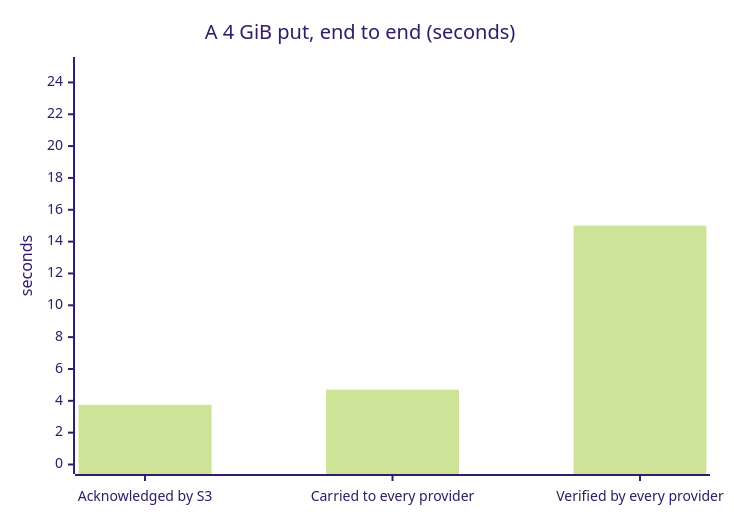
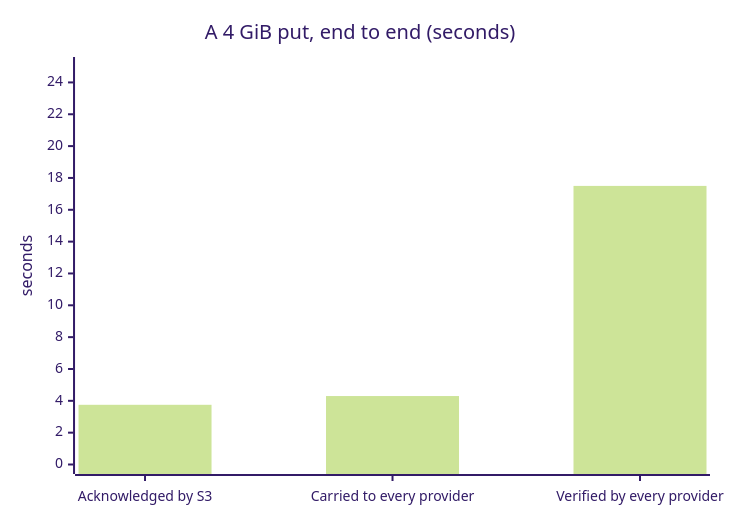
Before and after one commit to lightwebinc/bstore: the second of 2 diagrams in README.md, drawn with Mermaid (forest theme). The commit also changed other lines of this file and 5 other files, not shown here.

````diff
--- a/README.md
+++ b/README.md
@@ -103,7 +103,7 @@
 ```mermaid
 xychart-beta
   title "A 4 GiB put, end to end (seconds)"
   x-axis ["Acknowledged by S3", "Carried to every provider", "Verified by every provider"]
   y-axis "seconds" 0 --> 25
-  bar [3.75, 4.7, 15]
+  bar [3.75, 4.3, 17.5]
 ```
````
